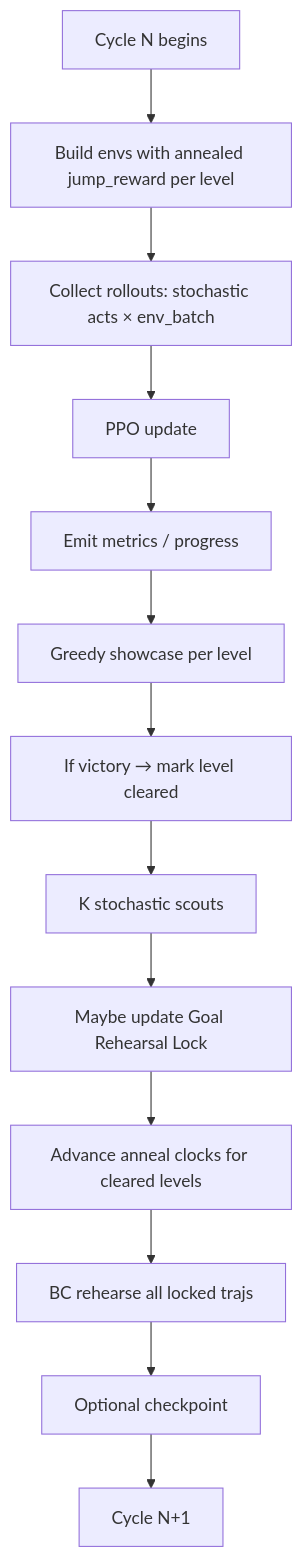
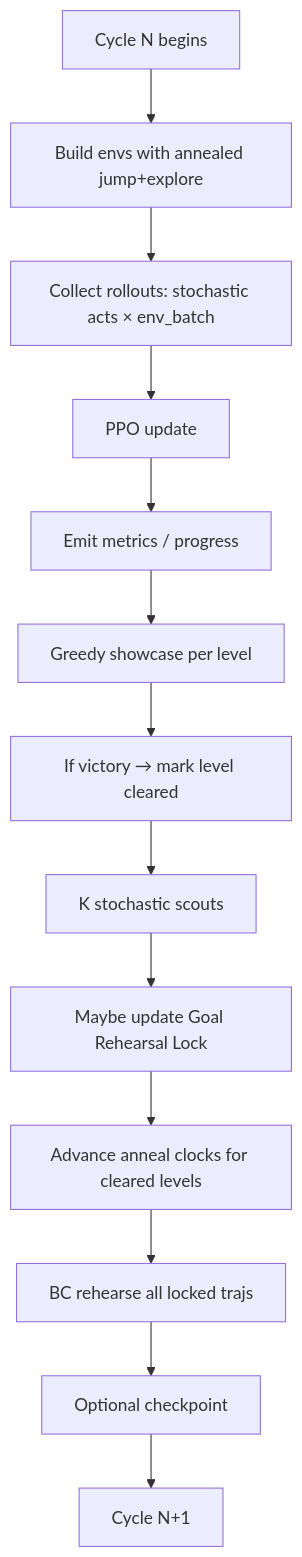
Before and after one commit to dante-ferr/ai-delver: the diagram in docs/src/intelligence/training_cycle.md, drawn with Mermaid. The commit also changed other lines of this file and 12 other files, not shown here.

First line of the commit message:
feat(intelligence): post-clear explore anneal and safer polish

````diff
--- a/docs/src/intelligence/training_cycle.md
+++ b/docs/src/intelligence/training_cycle.md
@@ -5,15 +5,15 @@
 ```mermaid
 flowchart TD
-  start["Cycle N begins"] --> annealCfg["Build envs with annealed jump_reward per level"]
+  start["Cycle N begins"] --> annealCfg["Build envs with annealed jump+explore"]
   annealCfg --> collect["Collect rollouts: stochastic acts × env_batch"]
   collect --> ppo["PPO update"]
   ppo --> metrics["Emit metrics / progress"]
   metrics --> greedy["Greedy showcase per level"]
   greedy --> clear["If victory → mark level cleared"]
   clear --> scouts["K stochastic scouts"]
   scouts --> lock["Maybe update Goal Rehearsal Lock"]
   lock --> tick["Advance anneal clocks for cleared levels"]
   tick --> bc["BC rehearse all locked trajs"]
   bc --> ckpt["Optional checkpoint"]
   ckpt --> next["Cycle N+1"]
 ```
````
